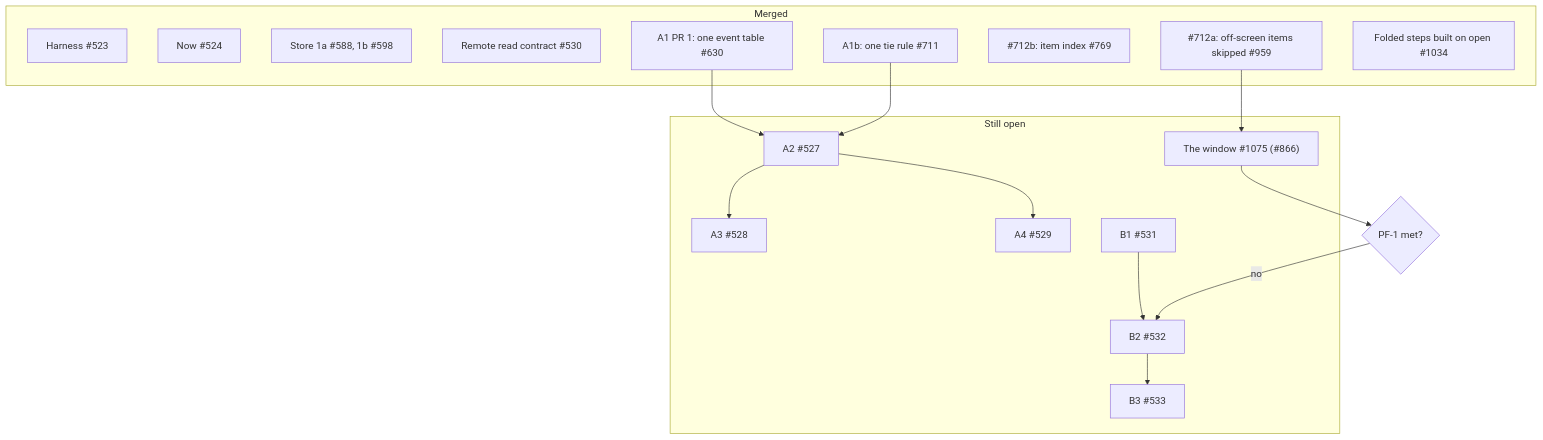
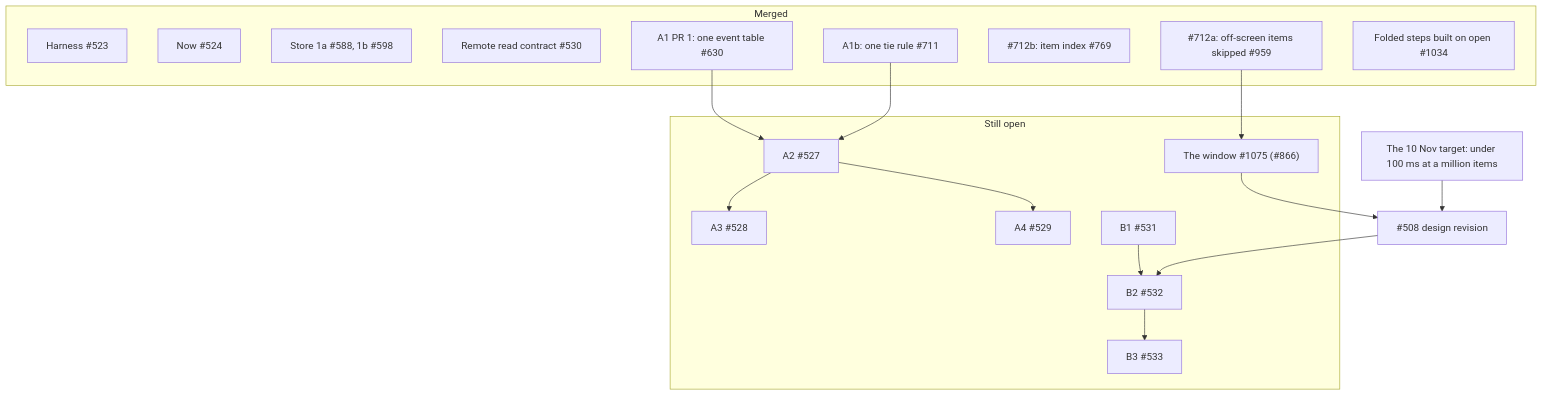
One commit to HJeon139/postbox changed the diagram in designs/508/close-out.md. Above: the diagram before and after it, drawn with Mermaid. The commit also changed other lines of this file and 1 other file, not shown here.

First line of the commit message:
docs(508): the close-out note follows the 10 Nov target of under 100 ms at a million items

````diff
--- a/designs/508/close-out.md
+++ b/designs/508/close-out.md
@@ -7,25 +7,26 @@
 ```mermaid
 flowchart TD
   subgraph Done["Merged"]
     H["Harness #523"]
     N["Now #524"]
     S["Store 1a #588, 1b #598"]
     RC["Remote read contract #530"]
     P1["A1 PR 1: one event table #630"]
     A1b["A1b: one tie rule #711"]
     I["#712b: item index #769"]
     V["#712a: off-screen items skipped #959"]
     F["Folded steps built on open #1034"]
   end
   subgraph Open["Still open"]
     W["The window #1075 (#866)"]
     A2["A2 #527"] --> A3["A3 #528"]
     A2 --> A4["A4 #529"]
     B1["B1 #531"] --> B2["B2 #532"] --> B3["B3 #533"]
   end
   P1 --> A2
   A1b --> A2
   V --> W
-  W --> D{"PF-1 met?"}
-  D -- "no" --> B2
+  T["The 10 Nov target: under 100 ms at a million items"] --> R["#508 design revision"]
+  W --> R
+  R --> B2
 ```
````
